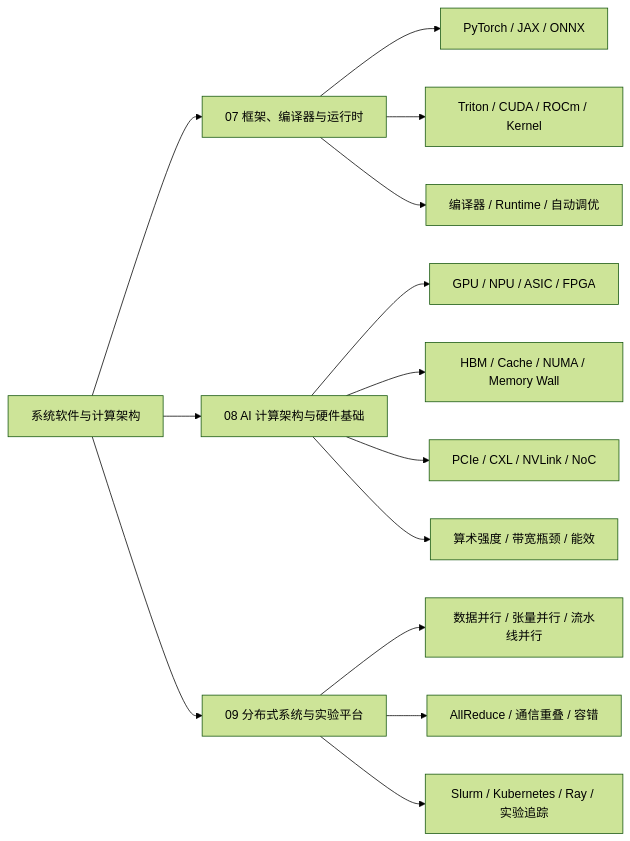
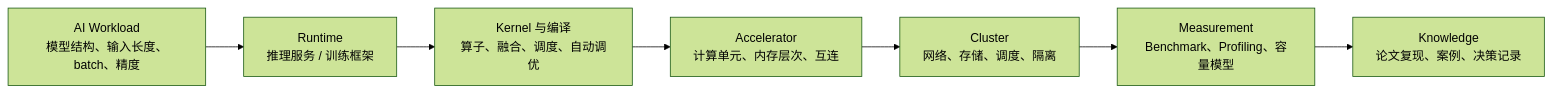
Before and after one commit to AmourSec/aikg: the second of 2 diagrams in docs/knowledge-map.md, drawn with Mermaid (forest theme). The commit also changed other lines of this file and 38 other files, not shown here.

````diff
--- a/docs/knowledge-map.md
+++ b/docs/knowledge-map.md
@@ -137,23 +72,17 @@
 ```mermaid
 flowchart LR
-  S4["系统软件与计算架构"] --> M07["07 框架、编译器与运行时"]
-  S4 --> M08["08 AI 计算架构与硬件基础"]
-  S4 --> M09["09 分布式系统与实验平台"]
+  W["AI Workload<br/>模型结构、输入长度、batch、精度"] --> R["Runtime<br/>推理服务 / 训练框架"]
+  R --> K["Kernel 与编译<br/>算子、融合、调度、自动调优"]
+  K --> H["Accelerator<br/>计算单元、内存层次、互连"]
+  H --> C["Cluster<br/>网络、存储、调度、隔离"]
+  C --> M["Measurement<br/>Benchmark、Profiling、容量模型"]
+  M --> P["Knowledge<br/>论文复现、案例、决策记录"]
 
-  M07 --> H1["PyTorch / JAX / ONNX"]
-  M07 --> H2["Triton / CUDA / ROCm / Kernel"]
-  M07 --> H3["编译器 / Runtime / 自动调优"]
-
-  M08 --> I1["GPU / NPU / ASIC / FPGA"]
-  M08 --> I2["HBM / Cache / NUMA / Memory Wall"]
-  M08 --> I3["PCIe / CXL / NVLink / NoC"]
-  M08 --> I4["算术强度 / 带宽瓶颈 / 能效"]
-
-  M09 --> J1["数据并行 / 张量并行 / 流水线并行"]
-  M09 --> J2["AllReduce / 通信重叠 / 容错"]
-  M09 --> J3["Slurm / Kubernetes / Ray / 实验追踪"]
-
-  click M07 "../07-ai-software-stack/" "打开框架、编译器与运行时"
-  click M08 "../08-ai-compute-infra/" "打开 AI 计算架构与硬件基础"
-  click M09 "../09-systems-mlops/" "打开分布式系统与实验平台"
+  click W "../02-ai-workloads/" "打开 AI 计算工作负载基础"
+  click R "../03-inference-systems/" "打开推理系统与服务优化"
+  click K "../05-kernels-compilers/" "打开 Kernel、算子与编译优化"
+  click H "../06-accelerators-architecture/" "打开 AI 加速器与计算架构"
+  click C "../07-cluster-infra/" "打开集群、网络、存储与调度"
+  click M "../08-benchmark-capacity/" "打开性能分析、Benchmark 与容量建模"
+  click P "../10-papers-cases/" "打开论文复现与系统案例"
 ```
````
